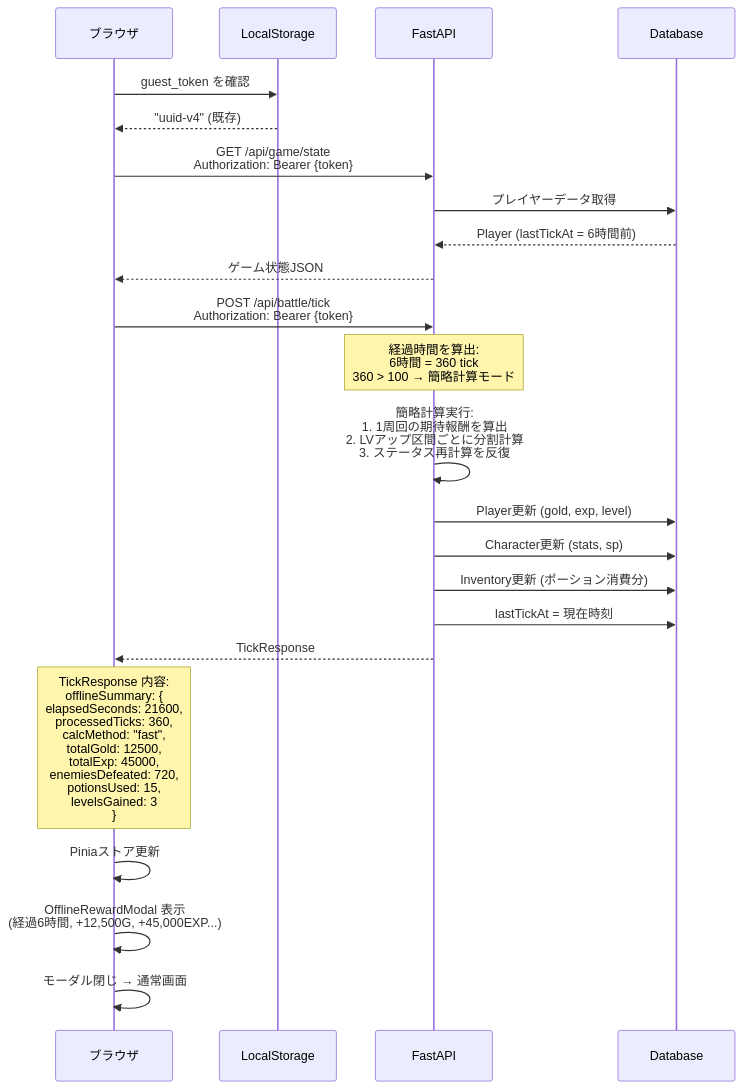
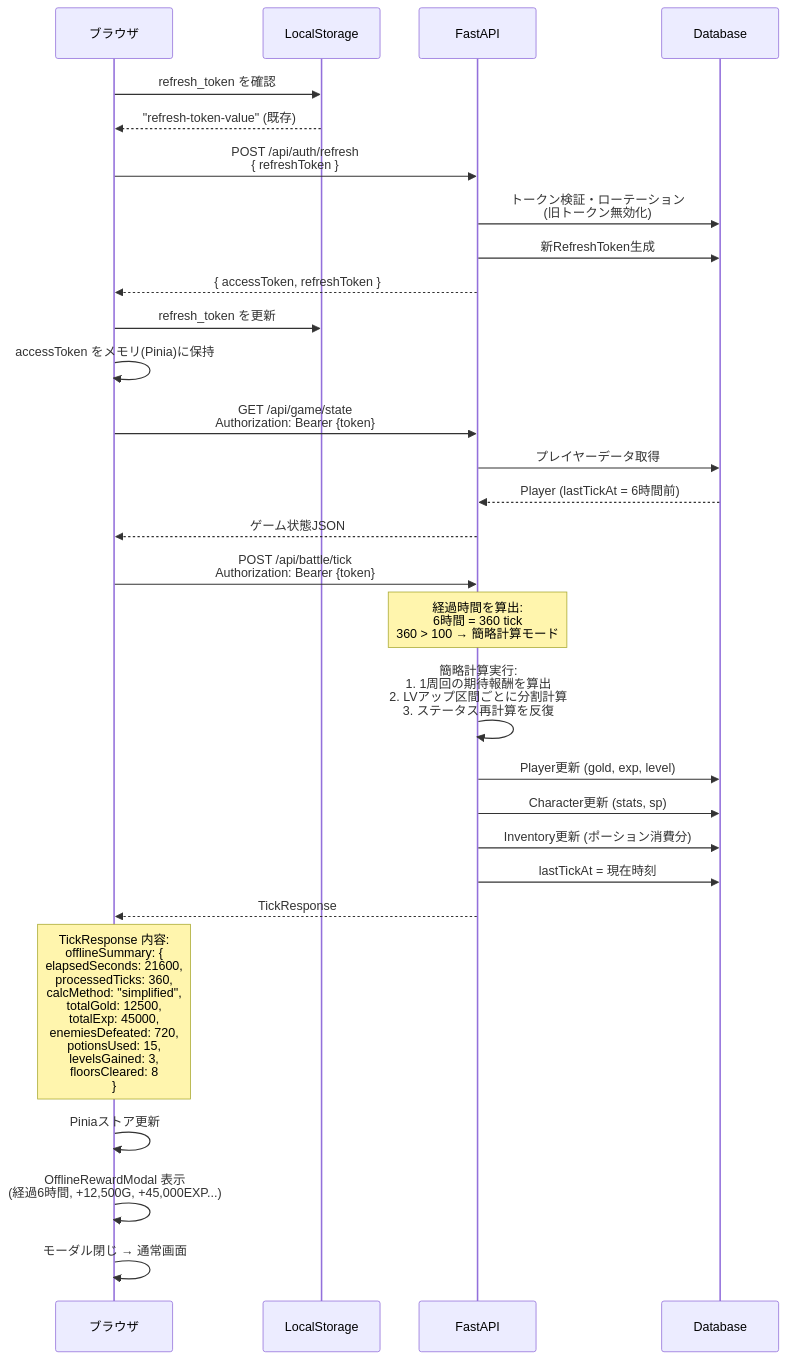
One commit to dateeee/2026_AFKGAME changed the second of 14 diagrams in diagrams/api_sequence.md. Above: the diagram before and after it, drawn with Mermaid. The commit also changed other lines of this file and 34 other files, not shown here.

First line of the commit message:
docs+fix: 工程定義に基づく要件〜詳細設計の見直し — 全仕様書・設計図レビューと指摘修正

````diff
--- a/diagrams/api_sequence.md
+++ b/diagrams/api_sequence.md
@@ -41,35 +41,43 @@
 ```mermaid
 %%{init: {'theme': 'default', 'sequence': {'actorFontSize': 18, 'messageFontSize': 16, 'noteFontSize': 14}} }%%
 sequenceDiagram
     participant B as ブラウザ
     participant LS as LocalStorage
     participant API as FastAPI
     participant DB as Database
 
-    B->>LS: guest_token を確認
-    LS-->>B: "uuid-v4" (既存)
+    B->>LS: refresh_token を確認
+    LS-->>B: "refresh-token-value" (既存)
+
+    B->>API: POST /api/auth/refresh<br/>{ refreshToken }
+    API->>DB: トークン検証・ローテーション<br/>(旧トークン無効化)
+    API->>DB: 新RefreshToken生成
+    API-->>B: { accessToken, refreshToken }
+
+    B->>LS: refresh_token を更新
+    B->>B: accessToken をメモリ(Pinia)に保持
 
     B->>API: GET /api/game/state<br/>Authorization: Bearer {token}
     API->>DB: プレイヤーデータ取得
     DB-->>API: Player (lastTickAt = 6時間前)
     API-->>B: ゲーム状態JSON
 
     B->>API: POST /api/battle/tick<br/>Authorization: Bearer {token}
 
     Note over API: 経過時間を算出:<br/>6時間 = 360 tick<br/>360 > 100 → 簡略計算モード
 
     API->>API: 簡略計算実行:<br/>1. 1周回の期待報酬を算出<br/>2. LVアップ区間ごとに分割計算<br/>3. ステータス再計算を反復
 
     API->>DB: Player更新 (gold, exp, level)
     API->>DB: Character更新 (stats, sp)
     API->>DB: Inventory更新 (ポーション消費分)
     API->>DB: lastTickAt = 現在時刻
 
     API-->>B: TickResponse
 
-    Note over B: TickResponse 内容:<br/>offlineSummary: {<br/>  elapsedSeconds: 21600,<br/>  processedTicks: 360,<br/>  calcMethod: "fast",<br/>  totalGold: 12500,<br/>  totalExp: 45000,<br/>  enemiesDefeated: 720,<br/>  potionsUsed: 15,<br/>  levelsGained: 3<br/>}
+    Note over B: TickResponse 内容:<br/>offlineSummary: {<br/>  elapsedSeconds: 21600,<br/>  processedTicks: 360,<br/>  calcMethod: "simplified",<br/>  totalGold: 12500,<br/>  totalExp: 45000,<br/>  enemiesDefeated: 720,<br/>  potionsUsed: 15,<br/>  levelsGained: 3,<br/>  floorsCleared: 8<br/>}
 
     B->>B: Piniaストア更新
     B->>B: OfflineRewardModal 表示<br/>(経過6時間, +12,500G, +45,000EXP...)
     B->>B: モーダル閉じ → 通常画面
 ```
````
